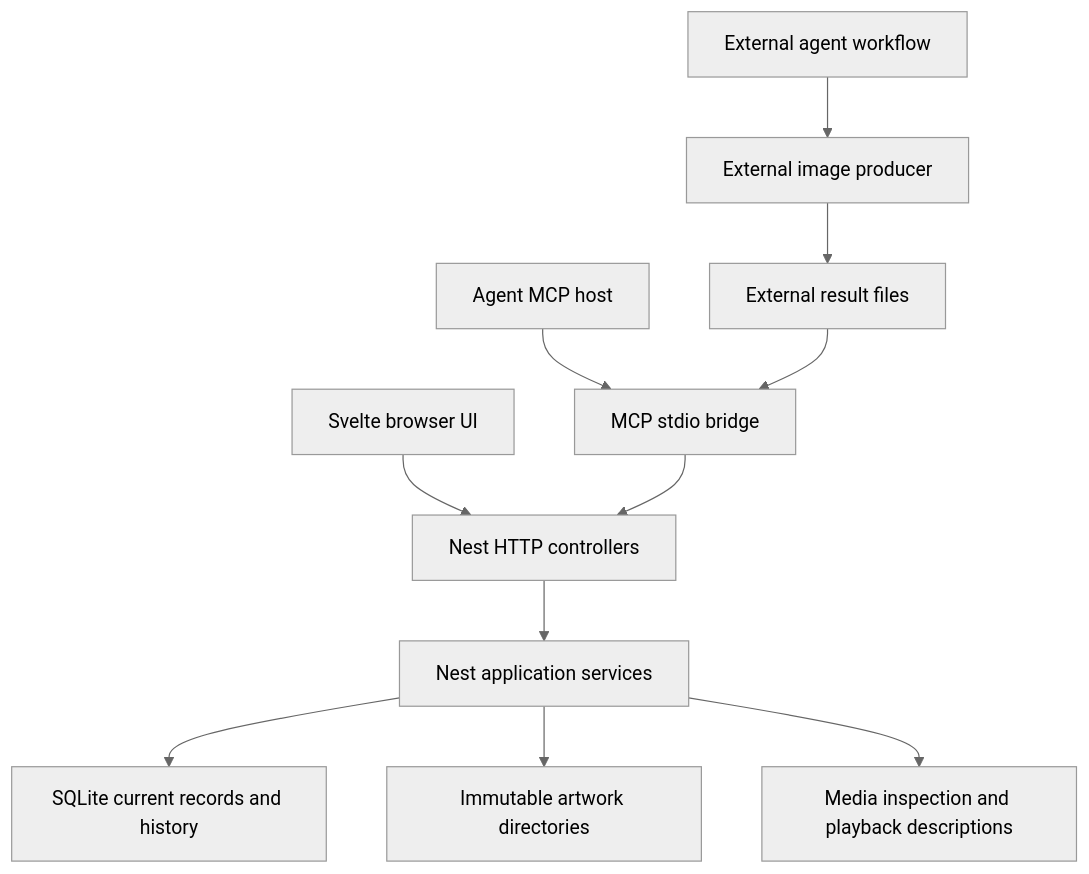
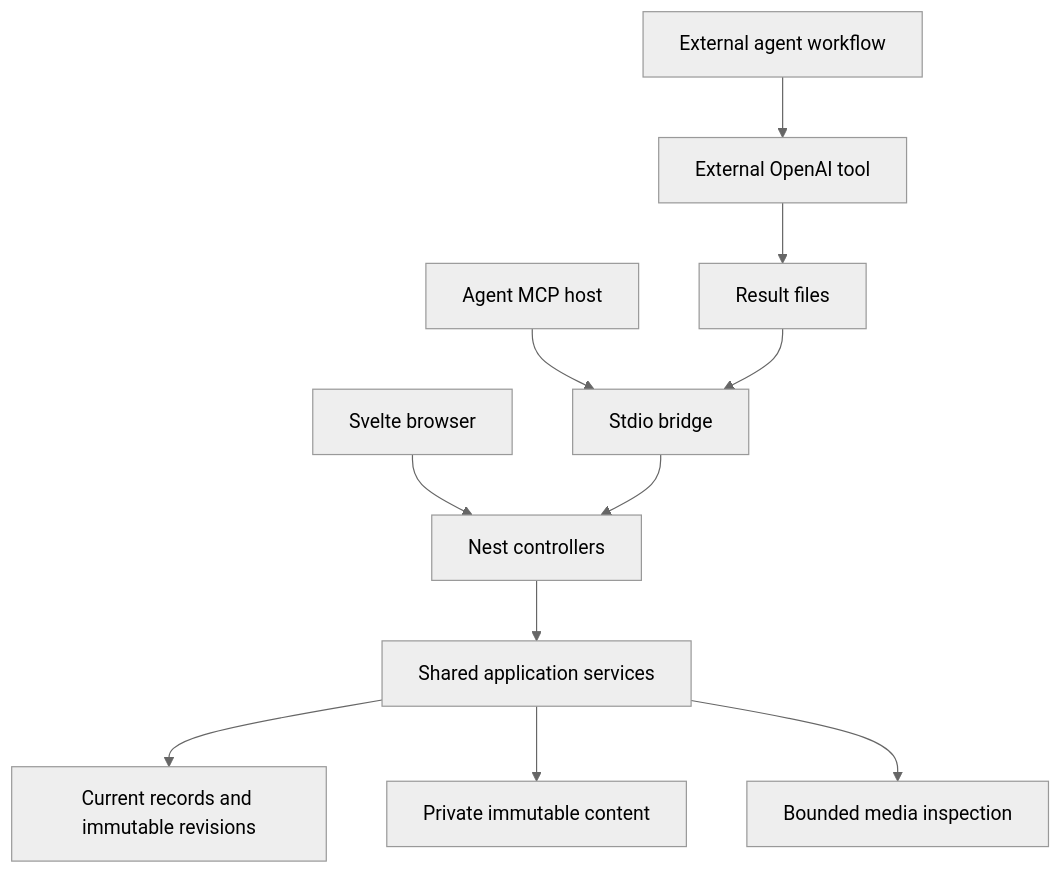
Before and after one commit to sh1ny/assetweave: the third of 7 diagrams in docs/plans/2026-09-29-1434-feat-first-complete-art-workflow-plan.md, drawn with Mermaid (neutral theme). The commit also changed other lines of this file and 1 other file, not shown here.

Commit message:
docs(plan): align artwork workflow with approved design

````diff
--- a/docs/plans/2026-09-29-1434-feat-first-complete-art-workflow-plan.md
+++ b/docs/plans/2026-09-29-1434-feat-first-complete-art-workflow-plan.md
@@ -441,13 +442,13 @@
 ```mermaid
 flowchart TB
-    UI[Svelte browser UI] --> HTTP[Nest HTTP controllers]
-    Host[Agent MCP host] --> Bridge[MCP stdio bridge]
+    Browser[Svelte browser] --> HTTP[Nest controllers]
+    Host[Agent MCP host] --> Bridge[Stdio bridge]
     Bridge --> HTTP
-    HTTP --> Services[Nest application services]
-    Services --> DB[SQLite current records and history]
-    Services --> Store[Immutable artwork directories]
-    Services --> Media[Media inspection and playback descriptions]
-    Agent[External agent workflow] --> Producer[External image producer]
-    Producer --> Files[External result files]
-    Files --> Bridge
+    HTTP --> Domain[Shared application services]
+    Domain --> SQLite[Current records and immutable revisions]
+    Domain --> Content[Private immutable content]
+    Domain --> Media[Bounded media inspection]
+    Agent[External agent workflow] --> Producer[External OpenAI tool]
+    Producer --> Results[Result files]
+    Results --> Bridge
 ```
````
